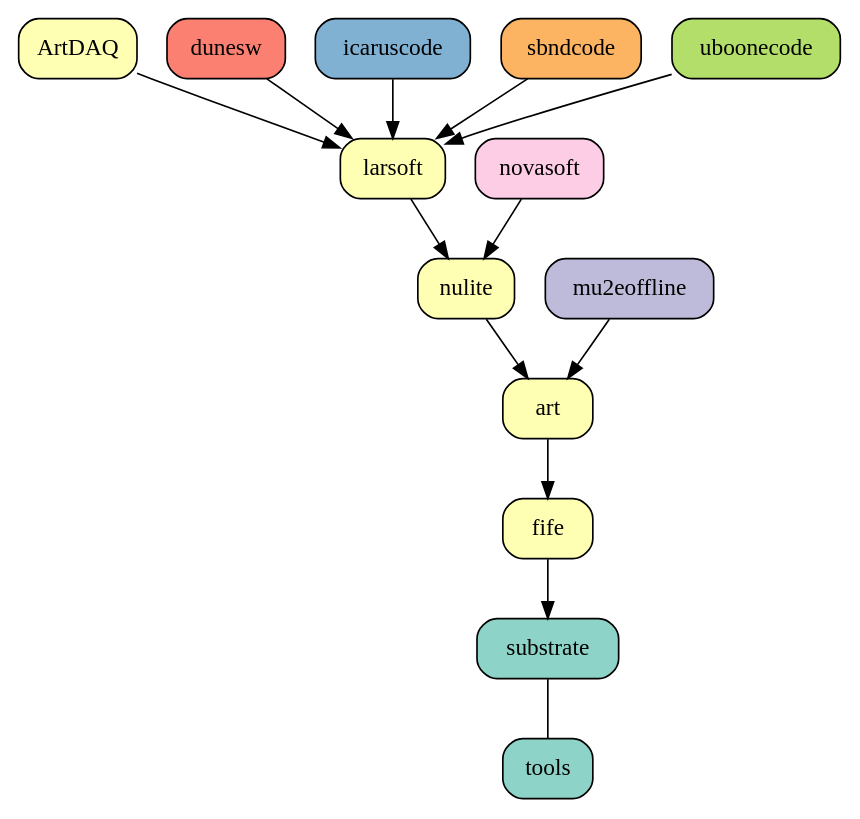
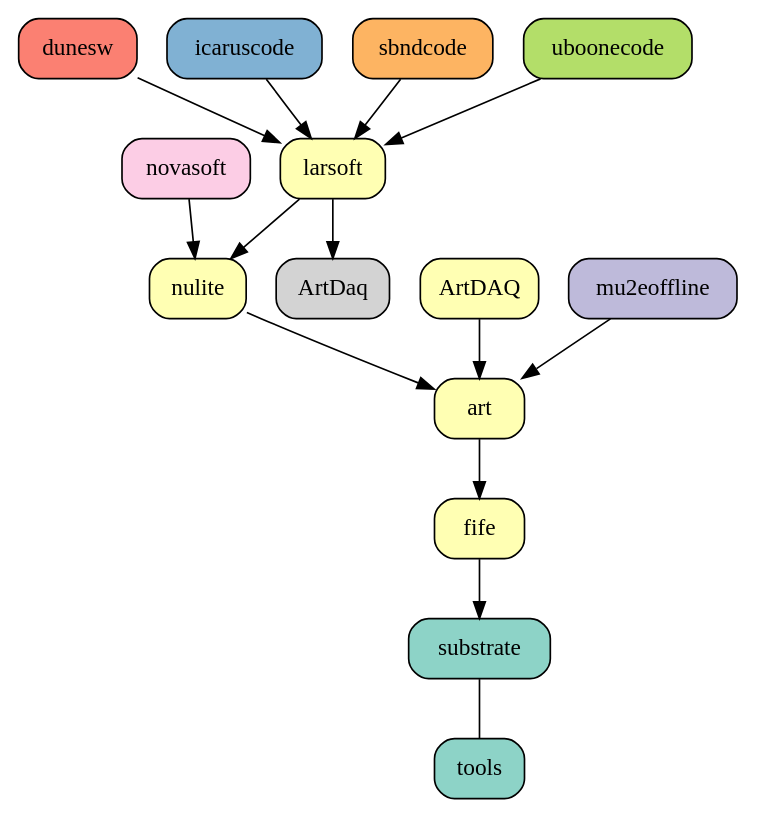
One commit to marcpaterno/spack_retreat changed the diagram in environment_graph.gv. Above: the diagram before and after it, drawn with Graphviz.

Commit message:
move ArtDaq vs larsoft in environment_graph

```diff
--- a/environment_graph.gv
+++ b/environment_graph.gv
@@ -1,36 +1,37 @@
 digraph g
 {
   node [shape=box, style="rounded,filled", colorscheme=set312];
 
   tools [fillcolor=1];
   substrate [fillcolor=1];
 
   fife [fillcolor=2];
   art [fillcolor=2];
   nulite [fillcolor=2];
   larsoft [fillcolor=2];
   ArtDAQ [fillcolor=2];
 
   mu2eoffline [fillcolor=3];
   dunesw [fillcolor=4];
   icaruscode [fillcolor=5];
   sbndcode [fillcolor=6];
   uboonecode [fillcolor=7];
   novasoft [fillcolor=8];
 
 
   dunesw -> larsoft;
   sbndcode -> larsoft;
   icaruscode-> larsoft;
   uboonecode -> larsoft;
-  ArtDAQ -> larsoft;
+  ArtDAQ -> art;
+  larsoft -> ArtDaq;
   
   larsoft -> nulite;
   novasoft-> nulite;
 
   mu2eoffline -> art;
   nulite -> art;
   art -> fife;
   fife -> substrate;
   substrate -> tools [arrowhead=none];
 }
```
